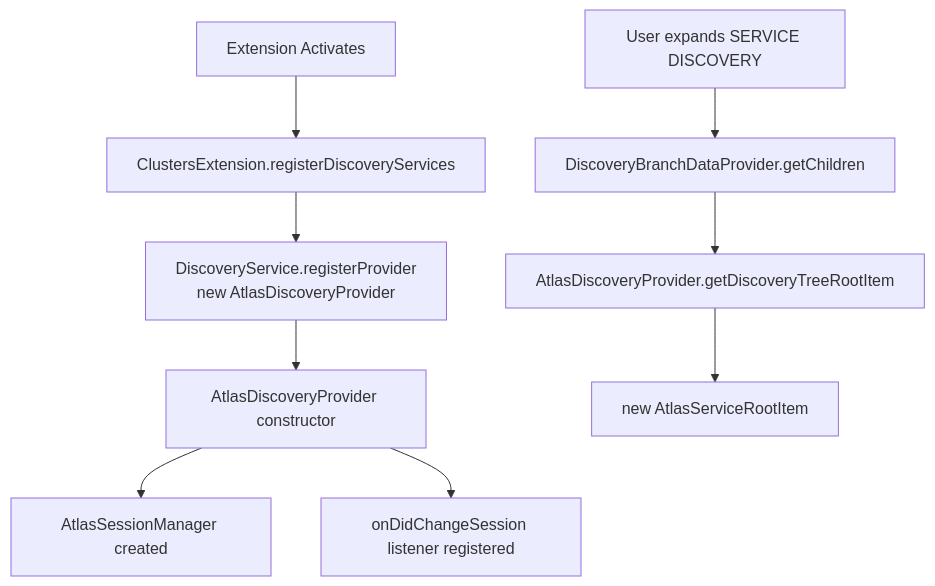
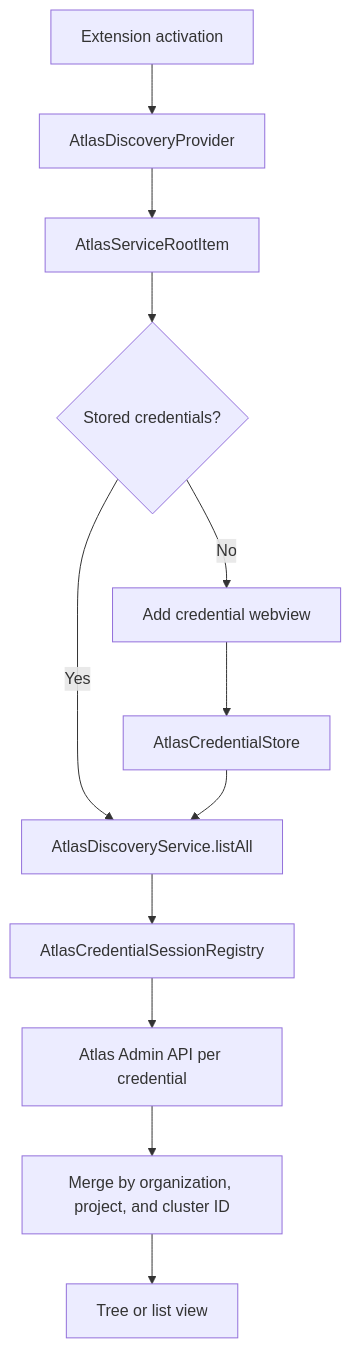
Before and after one commit to microsoft/vscode-documentdb: the diagram in docs/atlas-mongodb-discovery-flow.md, drawn with Mermaid. The commit also changed other lines of this file and 11 other files, not shown here.

Commit message:
fix(atlas): preserve credential identities

````diff
--- a/docs/atlas-mongodb-discovery-flow.md
+++ b/docs/atlas-mongodb-discovery-flow.md
@@ -9,12 +8,14 @@
 ```mermaid
-graph TD
-    A[Extension Activates] --> B[ClustersExtension.registerDiscoveryServices]
-    B --> C[DiscoveryService.registerProvider<br>new AtlasDiscoveryProvider]
-    C --> D[AtlasDiscoveryProvider constructor]
-    D --> E[AtlasSessionManager created]
-    D --> F[onDidChangeSession listener registered]
-
-    G[User expands SERVICE DISCOVERY] --> H[DiscoveryBranchDataProvider.getChildren]
-    H --> I[AtlasDiscoveryProvider.getDiscoveryTreeRootItem]
-    I --> J[new AtlasServiceRootItem]
+flowchart TD
+    A[Extension activation] --> B[AtlasDiscoveryProvider]
+    B --> C[AtlasServiceRootItem]
+    C --> D{Stored credentials?}
+    D -->|No| E[Add credential webview]
+    D -->|Yes| F[AtlasDiscoveryService.listAll]
+    E --> G[AtlasCredentialStore]
+    G --> F
+    F --> H[AtlasCredentialSessionRegistry]
+    H --> I[Atlas Admin API per credential]
+    I --> J[Merge by organization, project, and cluster ID]
+    J --> K[Tree or list view]
 ```
````
